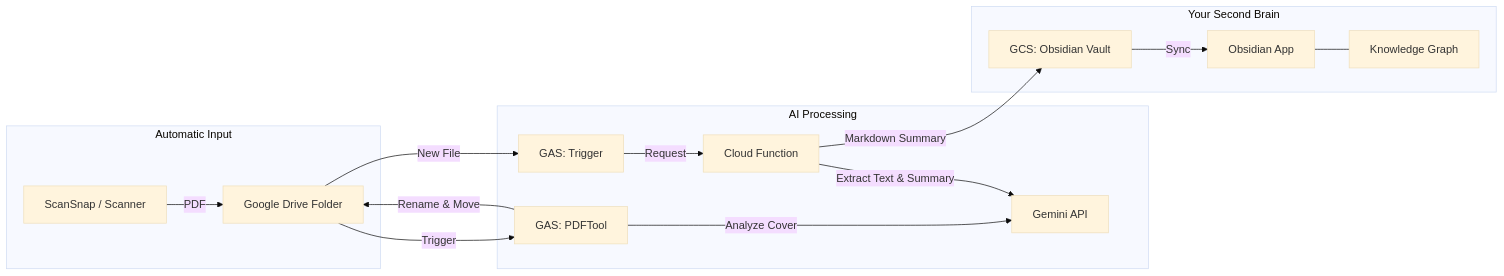
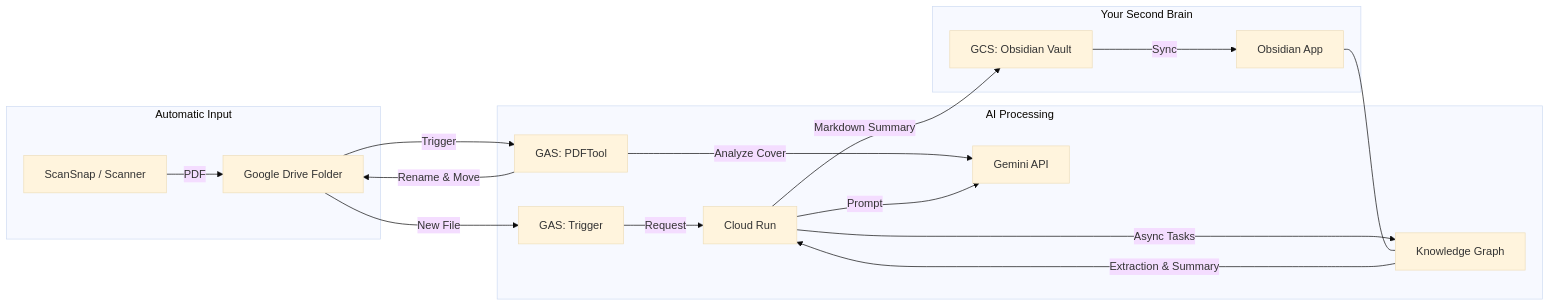
One commit to jinjineer0426/BookSummarySystem changed the diagram in README.md. Above: the diagram before and after it, drawn with Mermaid (base theme). The commit also changed other lines of this file and 1 other file, not shown here.

First line of the commit message:
Update documentation to reflect Cloud Run migration and async architecture

````diff
--- a/README.md
+++ b/README.md
@@ -18,21 +18,23 @@
 ```mermaid
 flowchart LR
     subgraph Input [Automatic Input]
         A[ScanSnap / Scanner] -->|PDF| B[Google Drive Folder]
     end
 
     subgraph Core [AI Processing]
         B -->|Trigger| C[GAS: PDFTool]
         C -->|Analyze Cover| D[Gemini API]
         C -->|Rename & Move| B
         B -->|New File| E[GAS: Trigger]
-        E -->|Request| F[Cloud Function]
-        F -->|Extract Text & Summary| D
+        E -->|Request| F[Cloud Run]
+        F -->|Async Tasks| I[Cloud Tasks]
+        I -->|Extraction & Summary| F
+        F -->|Prompt| D
     end
 
     subgraph Knowledge [Your Second Brain]
         F -->|Markdown Summary| G[GCS: Obsidian Vault]
         G -->|Sync| H[Obsidian App]
         H --- I[Knowledge Graph]
     end
 ```
````
